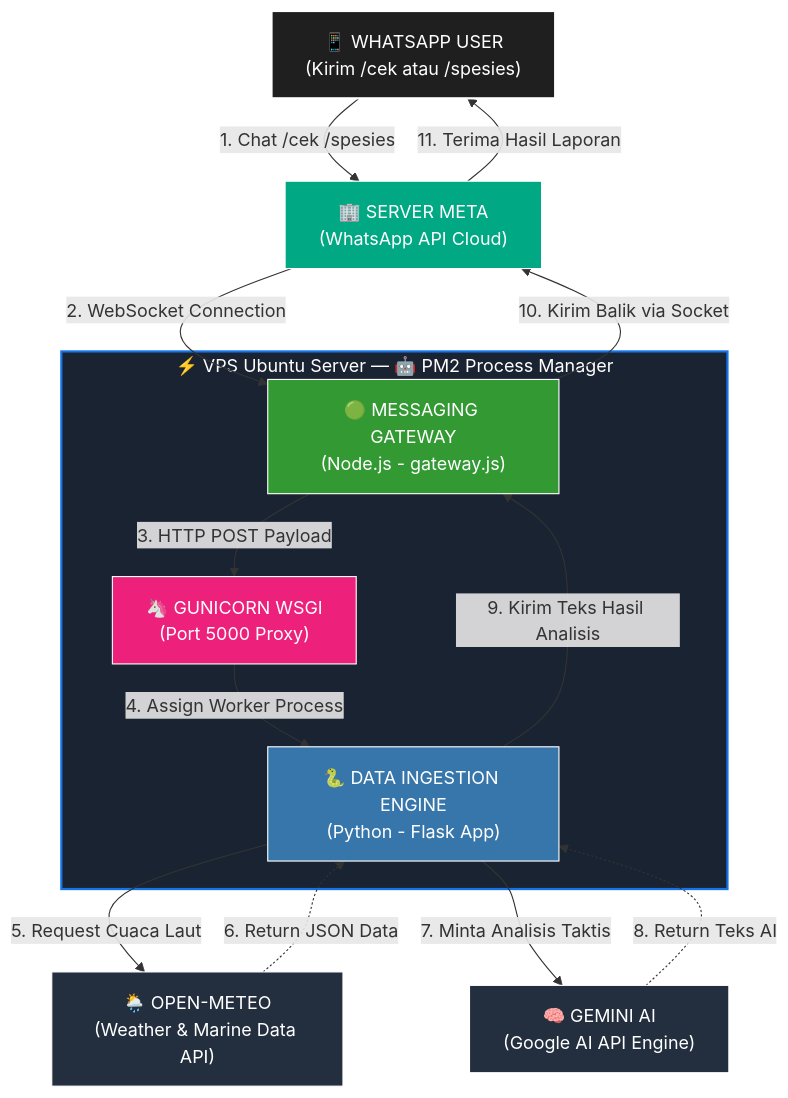
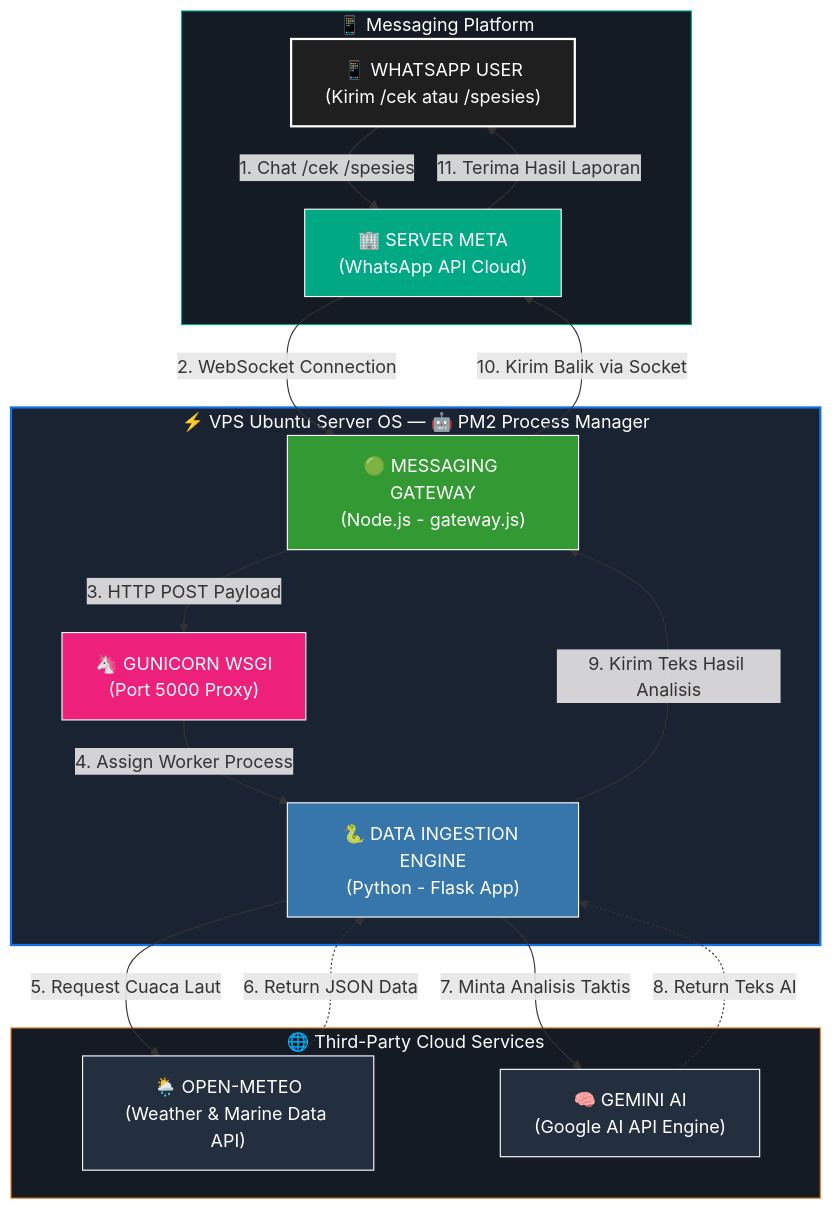
Before and after one commit to AdienDendra/architect-web: the diagram in content.id/projects/bot-fishing.md, drawn with Mermaid.

```diff
--- a/content.id/projects/bot-fishing.md
+++ b/content.id/projects/bot-fishing.md
@@ -60,48 +60,52 @@
 {{< mermaid >}}
 graph TD
     %% Define Styles
     classDef user fill:#1f1f1f,stroke:#fff,stroke-width:2px,color:#fff;
     classDef meta fill:#00a884,stroke:#fff,stroke-width:1px,color:#fff;
     classDef nodejs fill:#339933,stroke:#fff,stroke-width:1px,color:#fff;
     classDef guni fill:#ed217c,stroke:#fff,stroke-width:1px,color:#fff;
     classDef python fill:#3776AB,stroke:#fff,stroke-width:1px,color:#fff;
     classDef external fill:#232F3E,stroke:#fff,stroke-width:1px,color:#fff;
 
-    %% --- OUTSIDE CONTAINER (ATAS) ---
-    User["📱 WHATSAPP USER<br>(Kirim /cek atau /spesies)"]:::user
-    Meta["🏢 SERVER META<br>(WhatsApp API Cloud)"]:::meta
+    %% === LAPIS 1: USER PLATFORM (ATAS) ===
+    subgraph USER_SPACE ["📱 Messaging Platform"]
+        User["📱 WHATSAPP USER<br>(Kirim /cek atau /spesies)"]:::user
+        Meta["🏢 SERVER META<br>(WhatsApp API Cloud)"]:::meta
+    end
 
-    %% --- SINGLE LAYER EXPANDED CONTAINER (TENGAH) ---
-    %% Kita gabungkan nama VPS & PM2 di judul agar tidak terjadi nested subgraph yang merusak layout vertikal
-    subgraph VPS ["⚡ VPS Ubuntu Server — 🤖 PM2 Process Manager"]
+    %% === LAPIS 2: INFRASTRUKTUR SERVER (TENGAH) ===
+    subgraph VPS ["⚡ VPS Ubuntu Server OS — 🤖 PM2 Process Manager"]
         NodeApp["🟢 MESSAGING GATEWAY<br>(Node.js - gateway.js)"]:::nodejs
         GuniMaster["🦄 GUNICORN WSGI<br>(Port 5000 Proxy)"]:::guni
         MainPy["🐍 DATA INGESTION ENGINE<br>(Python - Flask App)"]:::python
     end
 
-    %% --- OUTSIDE CONTAINER (BAWAH) ---
-    BOM["🌦️ OPEN-METEO<br>(Weather & Marine Data API)"]:::external
-    Gemini["🧠 GEMINI AI<br>(Google AI API Engine)"]:::external
+    %% === LAPIS 3: EXTERNAL API SERVICES (BAWAH) ===
+    subgraph API_SPACE ["🌐 Third-Party Cloud Services"]
+        BOM["🌦️ OPEN-METEO<br>(Weather & Marine Data API)"]:::external
+        Gemini["🧠 GEMINI AI<br>(Google AI API Engine)"]:::external
+    end
 
     %% === FLOW ALUR MASUK (DOWNWARD FLOW) ===
     User -->|1. Chat /cek /spesies| Meta
     Meta -->|2. WebSocket Connection| NodeApp
     NodeApp -->|3. HTTP POST Payload| GuniMaster
     GuniMaster -->|4. Assign Worker Process| MainPy
     
     %% === INTERAKSI API DI LEVEL BAWAH ===
     MainPy -->|5. Request Cuaca Laut| BOM
     BOM -.->|6. Return JSON Data| MainPy
     MainPy -->|7. Minta Analisis Taktis| Gemini
     Gemini -.->|8. Return Teks AI| MainPy
     
     %% === FLOW ALUR BALIK (UPWARD RETURN FLOW) ===
     MainPy -->|9. Kirim Teks Hasil Analisis| NodeApp
     NodeApp -->|10. Kirim Balik via Socket| Meta
     Meta -->|11. Terima Hasil Laporan| User
 
-    %% Style untuk Box Subgraph Tunggal
+    %% Style untuk Tiga Box Subgraph
+    style USER_SPACE fill:#141b24,stroke:#00a884,stroke-width:1px,color:#fff
     style VPS fill:#1a2332,stroke:#1473e6,stroke-width:2px,color:#fff
-
+    style API_SPACE fill:#141b24,stroke:#f38020,stroke-width:1px,color:#fff
 
 {{< /mermaid >}}
```
